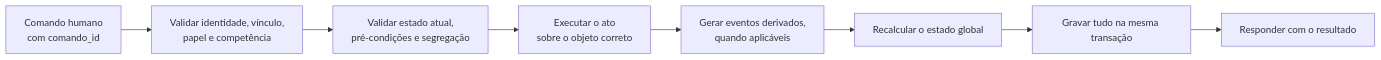
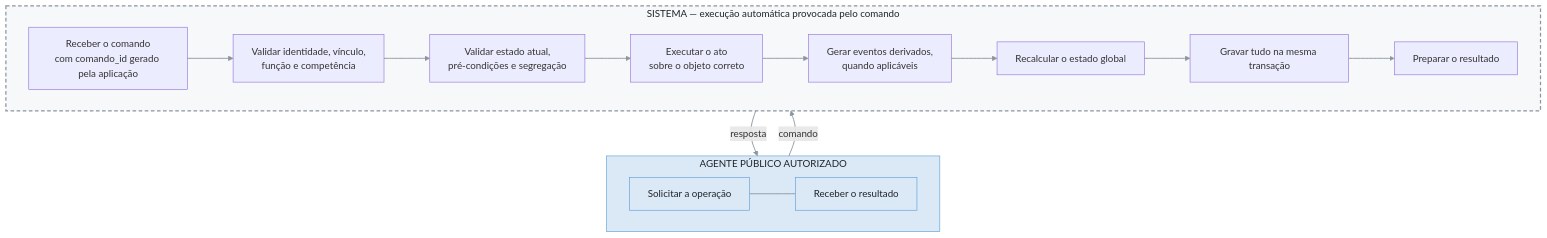
Before and after one commit to ailtonfv/governanca-lgpd-hortolandia: the tenth of 11 diagrams in docs/arquitetura/MAPA_M1a.md, drawn with Mermaid. The commit also changed other lines of this file, not shown here.

````diff
--- a/docs/arquitetura/MAPA_M1a.md
+++ b/docs/arquitetura/MAPA_M1a.md
@@ -368,10 +458,27 @@
 ```mermaid
-flowchart LR
-    C["Comando humano<br/>com comando_id"] --> AU["Validar identidade, vínculo,<br/>papel e competência"]
-    AU --> ES["Validar estado atual,<br/>pré-condições e segregação"]
-    ES --> AT["Executar o ato<br/>sobre o objeto correto"]
-    AT --> EV["Gerar eventos derivados,<br/>quando aplicáveis"]
-    EV --> RC["Recalcular o estado global"]
-    RC --> GR["Gravar tudo na mesma transação"]
-    GR --> RS["Responder com o resultado"]
+flowchart TB
+    subgraph H["AGENTE PÚBLICO AUTORIZADO"]
+        direction LR
+        H1["Solicitar a operação"] ~~~ H2["Receber o resultado"]
+    end
+
+    subgraph SYS["SISTEMA — execução automática provocada pelo comando"]
+        direction LR
+        C["Receber o comando<br/>com comando_id gerado pela aplicação"] --> AU["Validar identidade, vínculo,<br/>função e competência"]
+        AU --> ES["Validar estado atual,<br/>pré-condições e segregação"]
+        ES --> AT["Executar o ato<br/>sobre o objeto correto"]
+        AT --> EV["Gerar eventos derivados,<br/>quando aplicáveis"]
+        EV --> RC["Recalcular o estado global"]
+        RC --> GR["Gravar tudo na mesma transação"]
+        GR --> RS["Preparar o resultado"]
+    end
+
+    H1 -- "comando" --> C
+    RS -- "resposta" --> H2
+
+    style H fill:#dbe9f7,stroke:#5b9bd5,color:#1f2328
+    style SYS fill:#f6f8fa,stroke:#8c959f,color:#1f2328,stroke-width:2px,stroke-dasharray:6 4
+    style H1 fill:#dbe9f7,stroke:#5b9bd5,color:#1f2328
+    style H2 fill:#dbe9f7,stroke:#5b9bd5,color:#1f2328
+    linkStyle default stroke:#8c959f,stroke-width:1.5px
 ```
````
